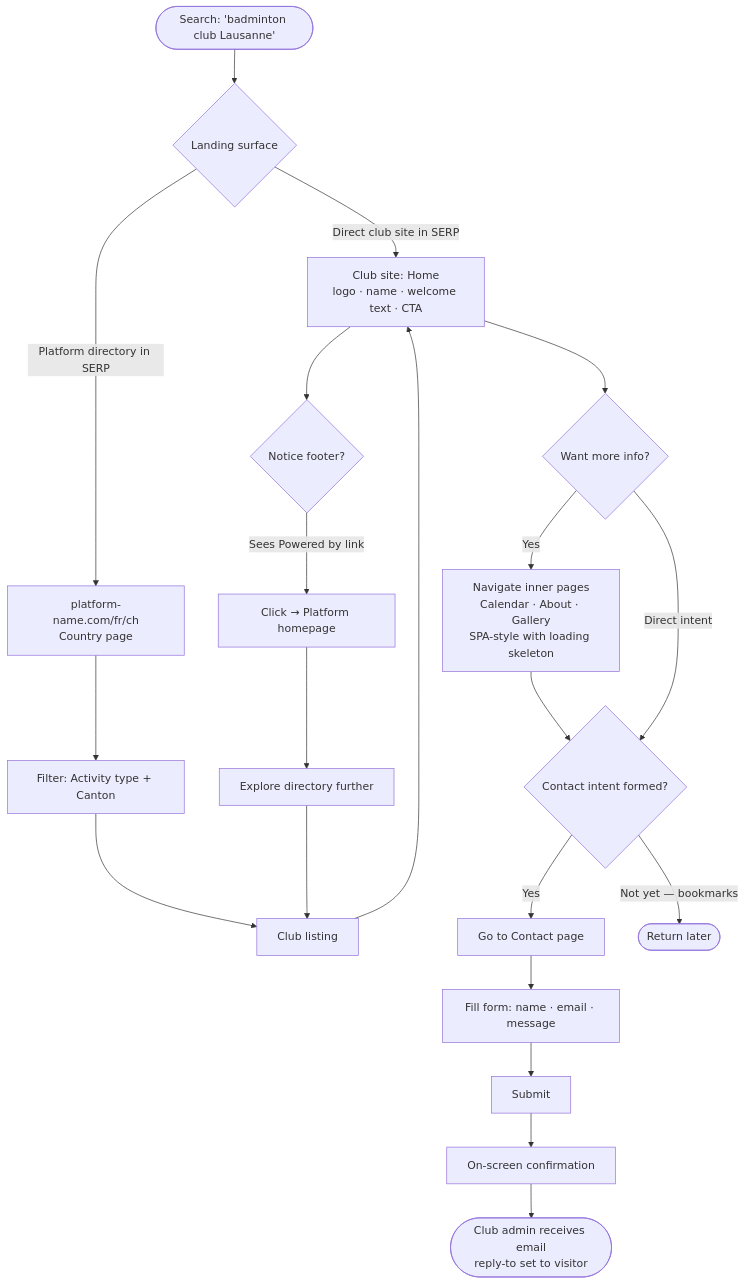
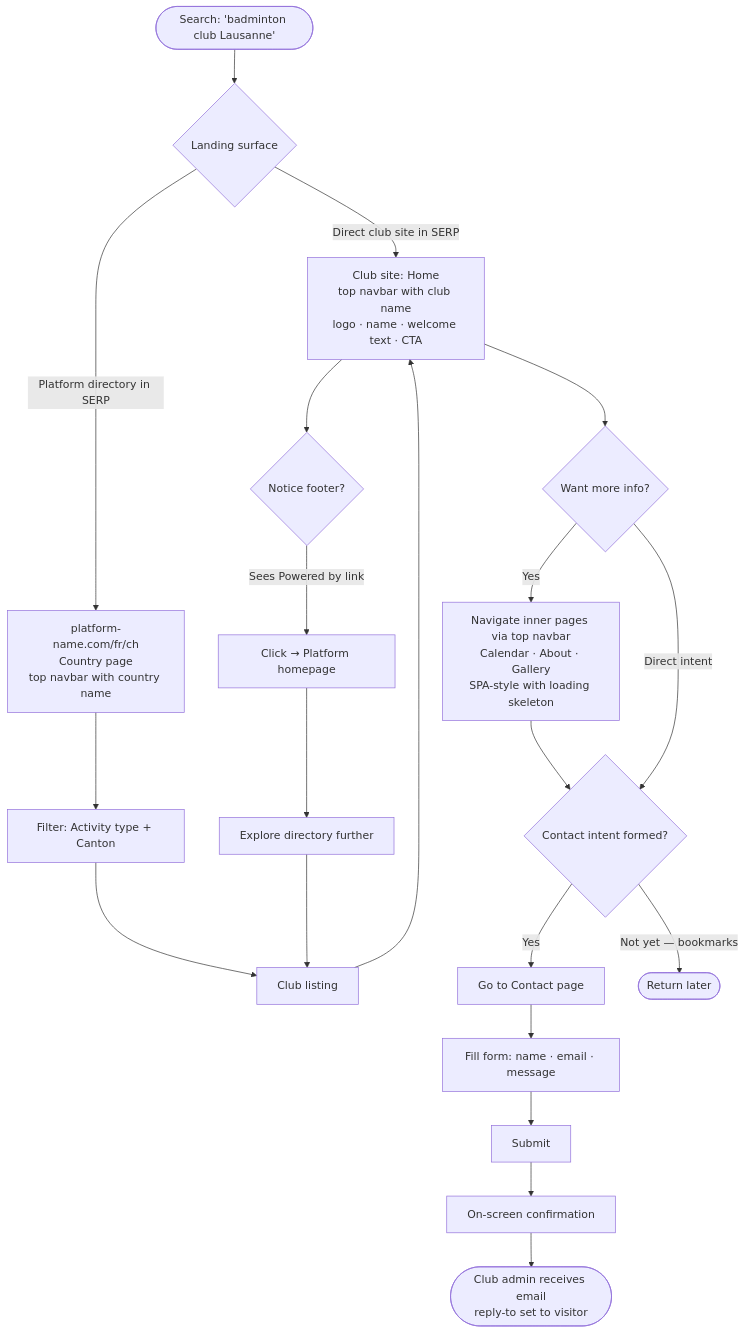
Before and after one commit to bastienfaivre/findyour.club: the third of 5 diagrams in _bmad-output/planning-artifacts/ux-design-specification.md, drawn with Mermaid. The commit also changed other lines of this file and 14 other files, not shown here.

````diff
--- a/_bmad-output/planning-artifacts/ux-design-specification.md
+++ b/_bmad-output/planning-artifacts/ux-design-specification.md
@@ -500,23 +534,23 @@
 ```mermaid
 flowchart TD
     A([Search: 'badminton club Lausanne']) --> B{Landing surface}
-    B -->|Direct club site in SERP| C[Club site: Home\nlogo · name · welcome text · CTA]
-    B -->|Platform directory in SERP| D[platform-name.com/fr/ch\nCountry page]
+    B -->|Direct club site in SERP| C[Club site: Home\ntop navbar with club name\nlogo · name · welcome text · CTA]
+    B -->|Platform directory in SERP| D[platform-name.com/fr/ch\nCountry page\ntop navbar with country name]
     D --> E[Filter: Activity type + Canton]
     E --> F[Club listing]
     F --> C
     C --> G{Want more info?}
-    G -->|Yes| H[Navigate inner pages\nCalendar · About · Gallery\nSPA-style with loading skeleton]
+    G -->|Yes| H[Navigate inner pages via top navbar\nCalendar · About · Gallery\nSPA-style with loading skeleton]
     H --> I{Contact intent formed?}
     G -->|Direct intent| I
     I -->|Yes| J[Go to Contact page]
     J --> K[Fill form: name · email · message]
     K --> L[Submit]
     L --> M[On-screen confirmation]
     M --> N([Club admin receives email\nreply-to set to visitor])
     I -->|Not yet — bookmarks| O([Return later])
     C --> P{Notice footer?}
     P -->|Sees Powered by link| Q[Click → Platform homepage]
     Q --> R[Explore directory further]
     R --> F
 ```
````
